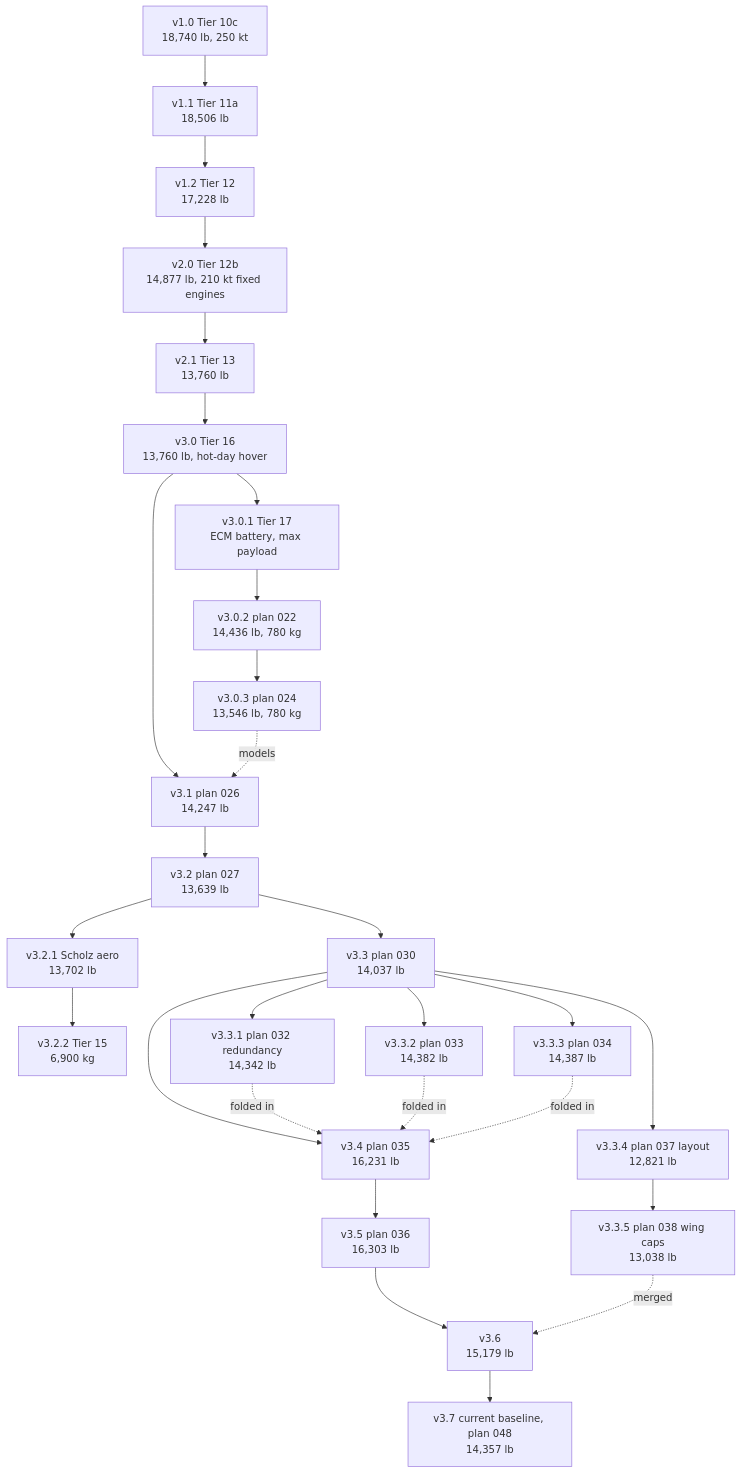
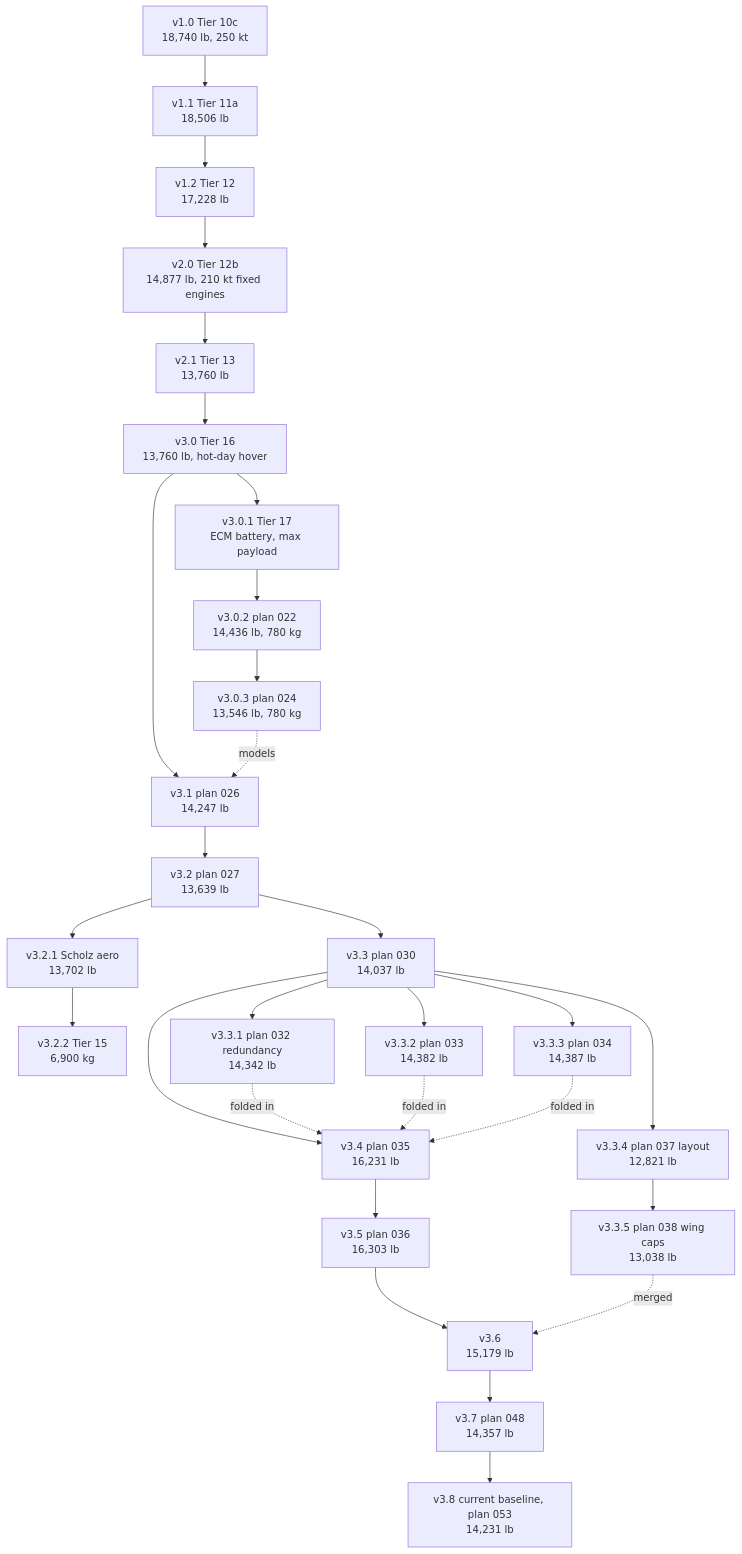
One commit to rootAmos/size_halo changed the diagram in docs/AIRCRAFT_VERSIONS.md. Above: the diagram before and after it, drawn with Mermaid. The commit also changed other lines of this file and 8 other files, not shown here.

First line of the commit message:
feat(thermal): baseline v3.8, metal-tube coolant lines (plan 053)

````diff
--- a/docs/AIRCRAFT_VERSIONS.md
+++ b/docs/AIRCRAFT_VERSIONS.md
@@ -58,30 +59,31 @@
 ```mermaid
 flowchart TD
     v1_0["v1.0 Tier 10c<br/>18,740 lb, 250 kt"] --> v1_1["v1.1 Tier 11a<br/>18,506 lb"]
     v1_1 --> v1_2["v1.2 Tier 12<br/>17,228 lb"]
     v1_2 --> v2_0["v2.0 Tier 12b<br/>14,877 lb, 210 kt fixed engines"]
     v2_0 --> v2_1["v2.1 Tier 13<br/>13,760 lb"]
     v2_1 --> v3_0["v3.0 Tier 16<br/>13,760 lb, hot-day hover"]
     v3_0 --> v3_0_1["v3.0.1 Tier 17<br/>ECM battery, max payload"]
     v3_0_1 --> v3_0_2["v3.0.2 plan 022<br/>14,436 lb, 780 kg"]
     v3_0_2 --> v3_0_3["v3.0.3 plan 024<br/>13,546 lb, 780 kg"]
     v3_0 --> v3_1["v3.1 plan 026<br/>14,247 lb"]
     v3_0_3 -. models .-> v3_1
     v3_1 --> v3_2["v3.2 plan 027<br/>13,639 lb"]
     v3_2 --> v3_2_1["v3.2.1 Scholz aero<br/>13,702 lb"]
     v3_2_1 --> v3_2_2["v3.2.2 Tier 15<br/>6,900 kg"]
     v3_2 --> v3_3["v3.3 plan 030<br/>14,037 lb"]
     v3_3 --> v3_3_1["v3.3.1 plan 032 redundancy<br/>14,342 lb"]
     v3_3 --> v3_3_2["v3.3.2 plan 033<br/>14,382 lb"]
     v3_3 --> v3_3_3["v3.3.3 plan 034<br/>14,387 lb"]
     v3_3 --> v3_4["v3.4 plan 035<br/>16,231 lb"]
     v3_3_1 -. folded in .-> v3_4
     v3_3_2 -. folded in .-> v3_4
     v3_3_3 -. folded in .-> v3_4
     v3_4 --> v3_5["v3.5 plan 036<br/>16,303 lb"]
     v3_3 --> v3_3_4["v3.3.4 plan 037 layout<br/>12,821 lb"]
     v3_3_4 --> v3_3_5["v3.3.5 plan 038 wing caps<br/>13,038 lb"]
     v3_5 --> v3_6["v3.6<br/>15,179 lb"]
     v3_3_5 -. merged .-> v3_6
-    v3_6 --> v3_7["v3.7 current baseline, plan 048<br/>14,357 lb"]
+    v3_6 --> v3_7["v3.7 plan 048<br/>14,357 lb"]
+    v3_7 --> v3_8["v3.8 current baseline, plan 053<br/>14,231 lb"]
 ```
````
